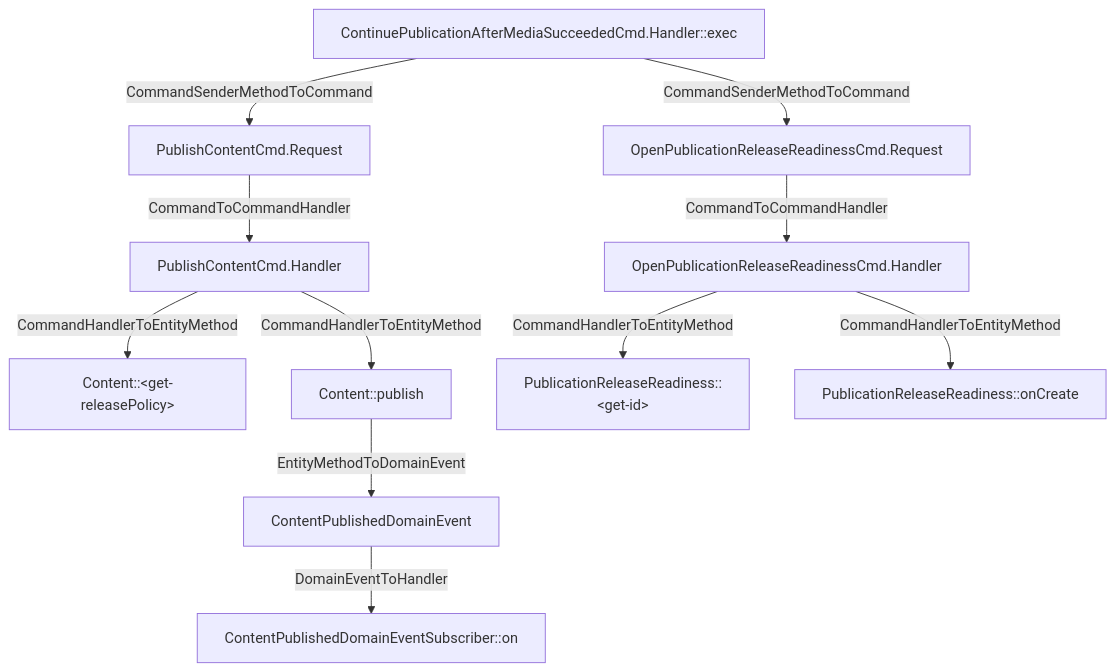
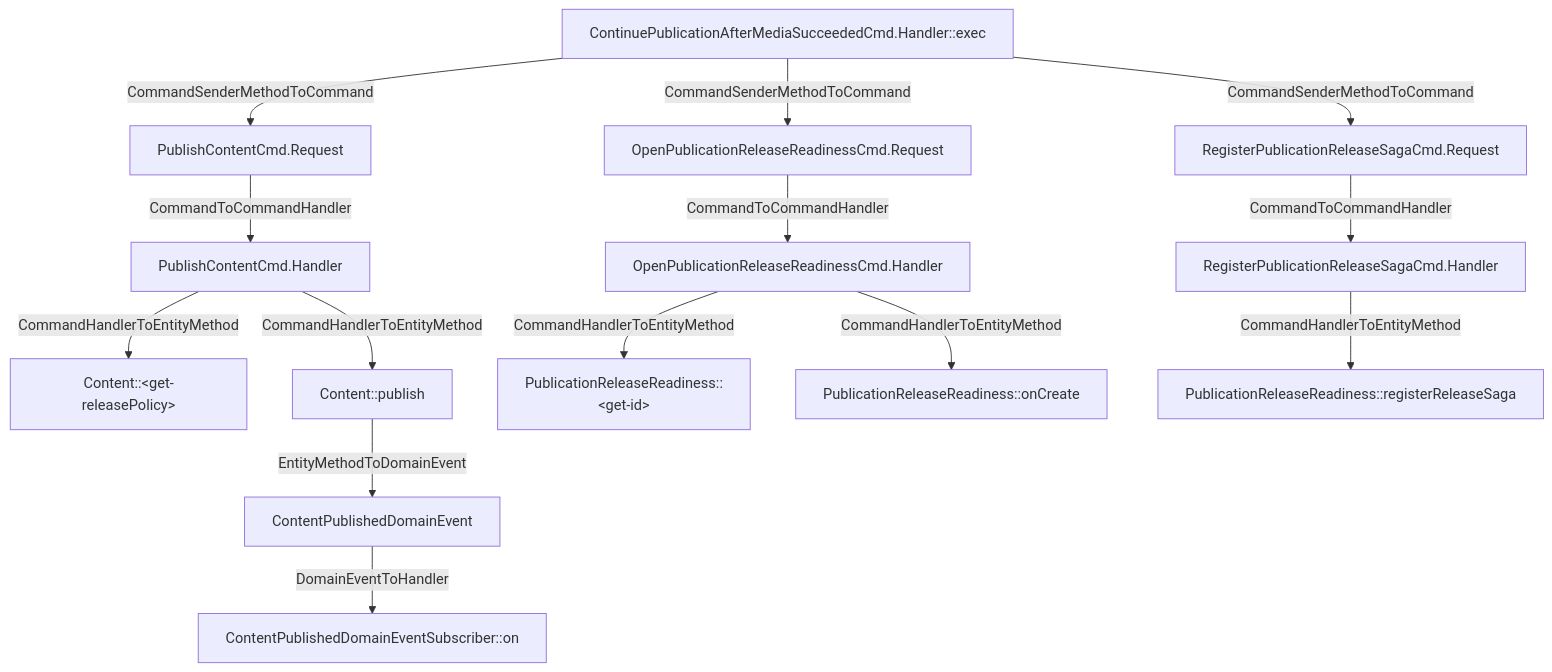
Before and after one commit to LDmoxeii/cap4k-reference-content-studio: the diagram in analysis/flows/com_only4_cap4k_reference_contentstudio_application_commands_content_workflow_Co.mmd, drawn with Mermaid. The commit also changed 27 other files, not shown here.

Commit message:
feat: demonstrate gated publication saga

```diff
--- a/analysis/flows/com_only4_cap4k_reference_contentstudio_application_commands_content_workflow_Co.mmd
+++ b/analysis/flows/com_only4_cap4k_reference_contentstudio_application_commands_content_workflow_Co.mmd
@@ -1,22 +1,28 @@
 flowchart TD
   N1[ContinuePublicationAfterMediaSucceededCmd.Handler::exec]
   N2[PublishContentCmd.Handler]
   N3[PublishContentCmd.Request]
   N4[OpenPublicationReleaseReadinessCmd.Handler]
   N5[OpenPublicationReleaseReadinessCmd.Request]
-  N6[ContentPublishedDomainEventSubscriber::on]
-  N7[Content::&lt;get-releasePolicy&gt;]
-  N8[Content::publish]
-  N9[ContentPublishedDomainEvent]
-  N10[PublicationReleaseReadiness::&lt;get-id&gt;]
-  N11[PublicationReleaseReadiness::onCreate]
+  N6[RegisterPublicationReleaseSagaCmd.Handler]
+  N7[RegisterPublicationReleaseSagaCmd.Request]
+  N8[ContentPublishedDomainEventSubscriber::on]
+  N9[Content::&lt;get-releasePolicy&gt;]
+  N10[Content::publish]
+  N11[ContentPublishedDomainEvent]
+  N12[PublicationReleaseReadiness::&lt;get-id&gt;]
+  N13[PublicationReleaseReadiness::onCreate]
+  N14[PublicationReleaseReadiness::registerReleaseSaga]
   N1 -->|CommandSenderMethodToCommand| N3
   N1 -->|CommandSenderMethodToCommand| N5
-  N2 -->|CommandHandlerToEntityMethod| N7
-  N2 -->|CommandHandlerToEntityMethod| N8
+  N1 -->|CommandSenderMethodToCommand| N7
+  N2 -->|CommandHandlerToEntityMethod| N9
+  N2 -->|CommandHandlerToEntityMethod| N10
   N3 -->|CommandToCommandHandler| N2
-  N4 -->|CommandHandlerToEntityMethod| N10
-  N4 -->|CommandHandlerToEntityMethod| N11
+  N4 -->|CommandHandlerToEntityMethod| N12
+  N4 -->|CommandHandlerToEntityMethod| N13
   N5 -->|CommandToCommandHandler| N4
-  N8 -->|EntityMethodToDomainEvent| N9
-  N9 -->|DomainEventToHandler| N6
+  N6 -->|CommandHandlerToEntityMethod| N14
+  N7 -->|CommandToCommandHandler| N6
+  N10 -->|EntityMethodToDomainEvent| N11
+  N11 -->|DomainEventToHandler| N8
```
